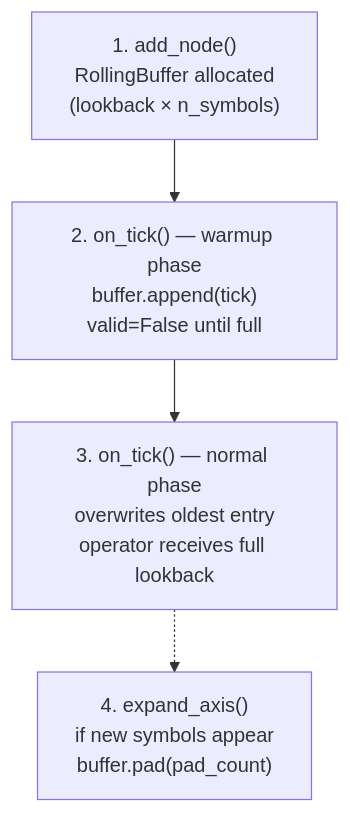
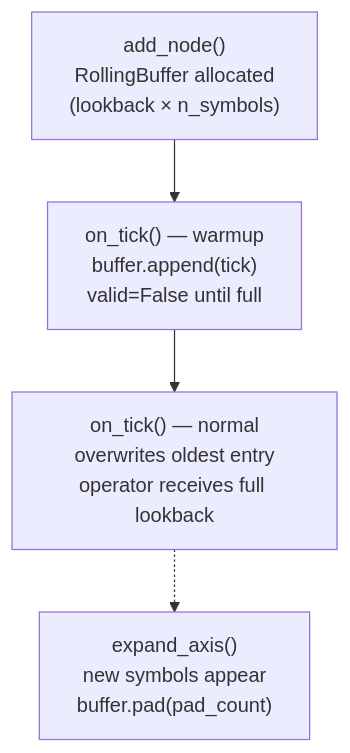
Before and after one commit to Clypt/docs: the diagram in engine/lookback-buffers.mdx, drawn with Mermaid. The commit also changed 12 other files, not shown here.

````diff
--- a/engine/lookback-buffers.mdx
+++ b/engine/lookback-buffers.mdx
@@ -200,10 +200,10 @@
 ```mermaid
 flowchart TB
-    A["1. add_node()<br>RollingBuffer allocated<br>(lookback × n_symbols)"]
-    B["2. on_tick() — warmup phase<br>buffer.append(tick)<br>valid=False until full"]
-    C["3. on_tick() — normal phase<br>overwrites oldest entry<br>operator receives full lookback"]
-    D["4. expand_axis()<br>if new symbols appear<br>buffer.pad(pad_count)"]
+    A["add_node()<br>RollingBuffer allocated<br>(lookback × n_symbols)"]
+    B["on_tick() — warmup<br>buffer.append(tick)<br>valid=False until full"]
+    C["on_tick() — normal<br>overwrites oldest entry<br>operator receives full lookback"]
+    D["expand_axis()<br>new symbols appear<br>buffer.pad(pad_count)"]
 
     A --> B --> C
     C -.-> D
 ```
````
